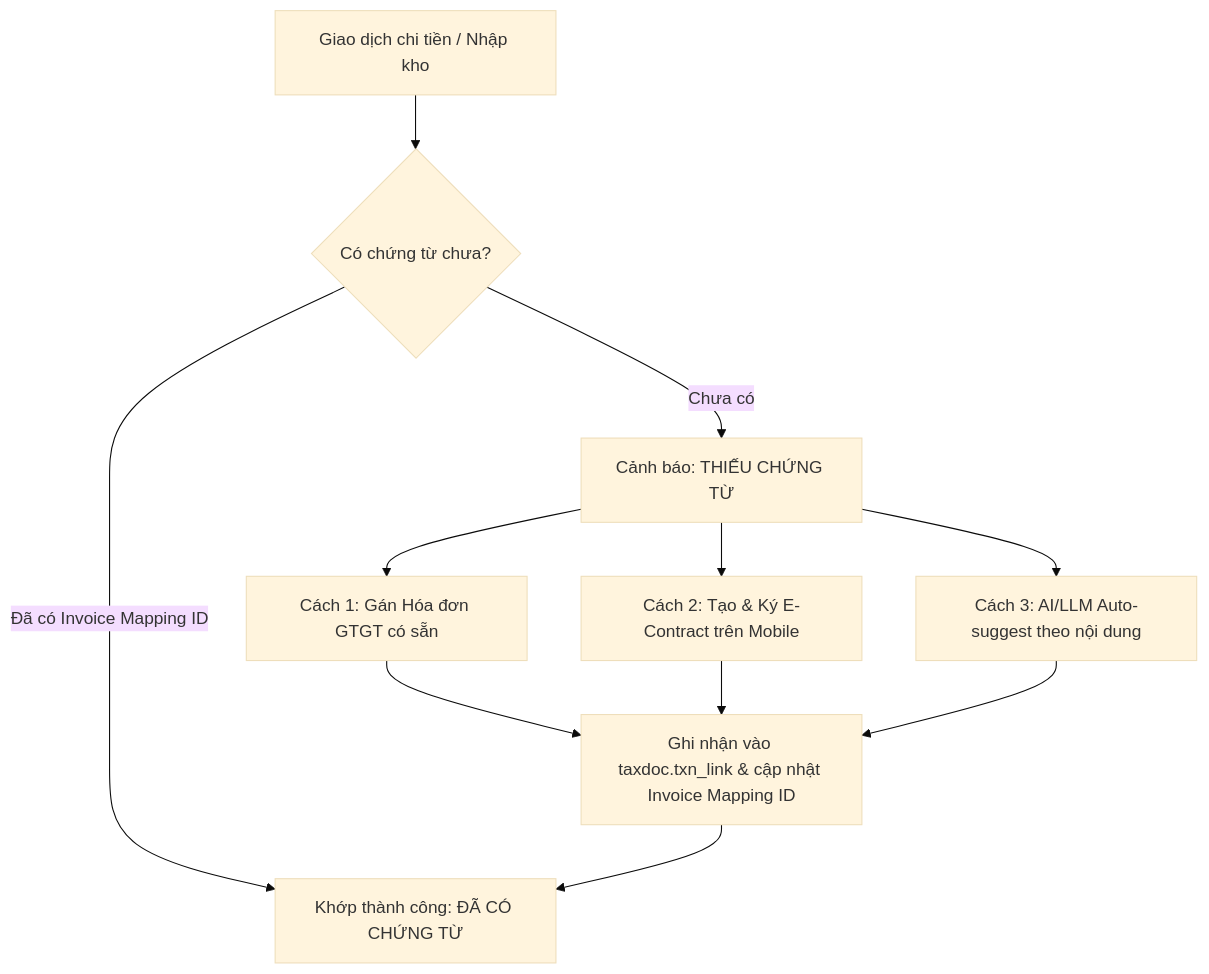
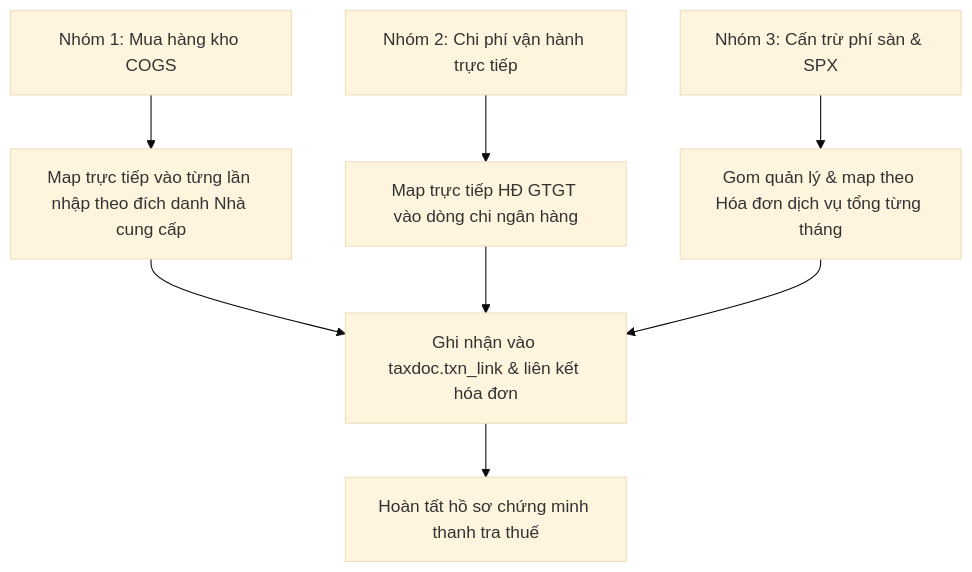
Before and after one commit to anhnhatdev/tax-expense-dashboard: the diagram in documents/02_DATA_ARCHITECTURE_AND_MAPPING.md, drawn with Mermaid (base theme). The commit also changed other lines of this file and 9 other files, not shown here.

Commit message:
feat(tax-dashboard): implement Meeting 3 tiered views, MISA batch sync architecture, and eliminate COGS double-counting

````diff
--- a/documents/02_DATA_ARCHITECTURE_AND_MAPPING.md
+++ b/documents/02_DATA_ARCHITECTURE_AND_MAPPING.md
@@ -93,15 +102,11 @@
 ```mermaid
 flowchart TD
-    Txn[Giao dịch chi tiền / Nhập kho] --> Check{Có chứng từ chưa?}
-    Check -->|Đã có Invoice Mapping ID| Matched[Khớp thành công: ĐÃ CÓ CHỨNG TỪ]
-    Check -->|Chưa có| Unmatched[Cảnh báo: THIẾU CHỨNG TỪ]
+    G1[Nhóm 1: Mua hàng kho COGS] --> M1[Map trực tiếp vào từng lần nhập theo đích danh Nhà cung cấp]
+    G2[Nhóm 2: Chi phí vận hành trực tiếp] --> M2[Map trực tiếp HĐ GTGT vào dòng chi ngân hàng]
+    G3[Nhóm 3: Cấn trừ phí sàn & SPX] --> M3[Gom quản lý & map theo Hóa đơn dịch vụ tổng từng tháng]
     
-    Unmatched --> Way1[Cách 1: Gán Hóa đơn GTGT có sẵn]
-    Unmatched --> Way2[Cách 2: Tạo & Ký E-Contract trên Mobile]
-    Unmatched --> Way3[Cách 3: AI/LLM Auto-suggest theo nội dung]
-    
-    Way1 --> Link[Ghi nhận vào taxdoc.txn_link & cập nhật Invoice Mapping ID]
-    Way2 --> Link
-    Way3 --> Link
-    Link --> Matched
+    M1 --> Link[Ghi nhận vào taxdoc.txn_link & liên kết hóa đơn]
+    M2 --> Link
+    M3 --> Link
+    Link --> Done[Hoàn tất hồ sơ chứng minh thanh tra thuế]
 ```
````
